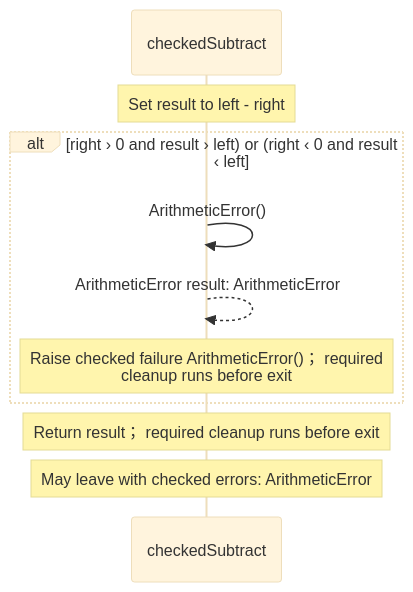
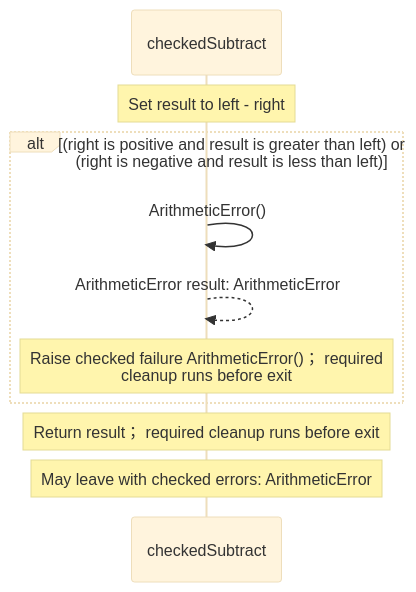
One commit to GreenPandaStudios/augscript changed the second of 7 diagrams in src/stdlib/math/integers.aug.diagrams.md. Above: the diagram before and after it, drawn with Mermaid (base theme). The commit also changed other lines of this file and 658 other files, not shown here.

````diff
--- a/src/stdlib/math/integers.aug.diagrams.md
+++ b/src/stdlib/math/integers.aug.diagrams.md
@@ -38,13 +50,13 @@
 ```mermaid
 sequenceDiagram
     participant p0 as checkedSubtract
 
     Note over p0: Set result to left - right
-    alt right › 0 and result › left) or (right ‹ 0 and result ‹ left
+    alt (right is positive and result is greater than left) or<br/>(right is negative and result is less than left)
     p0->>p0: ArithmeticError()
     p0-->>p0: ArithmeticError result: ArithmeticError
     Note over p0: Raise checked failure ArithmeticError()； required<br/>cleanup runs before exit
     end
     Note over p0: Return result； required cleanup runs before exit
     Note over p0: May leave with checked errors: ArithmeticError
 ```
````
